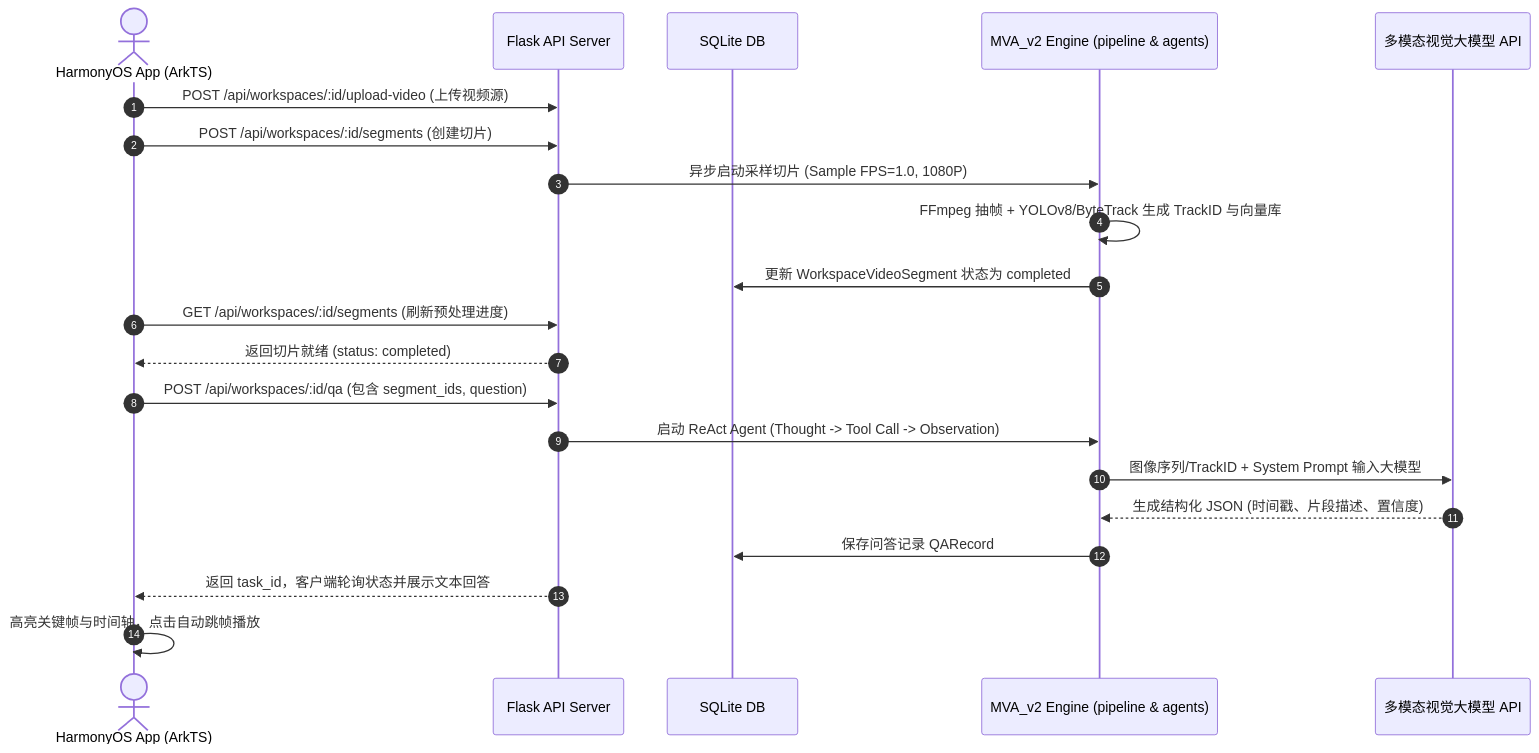
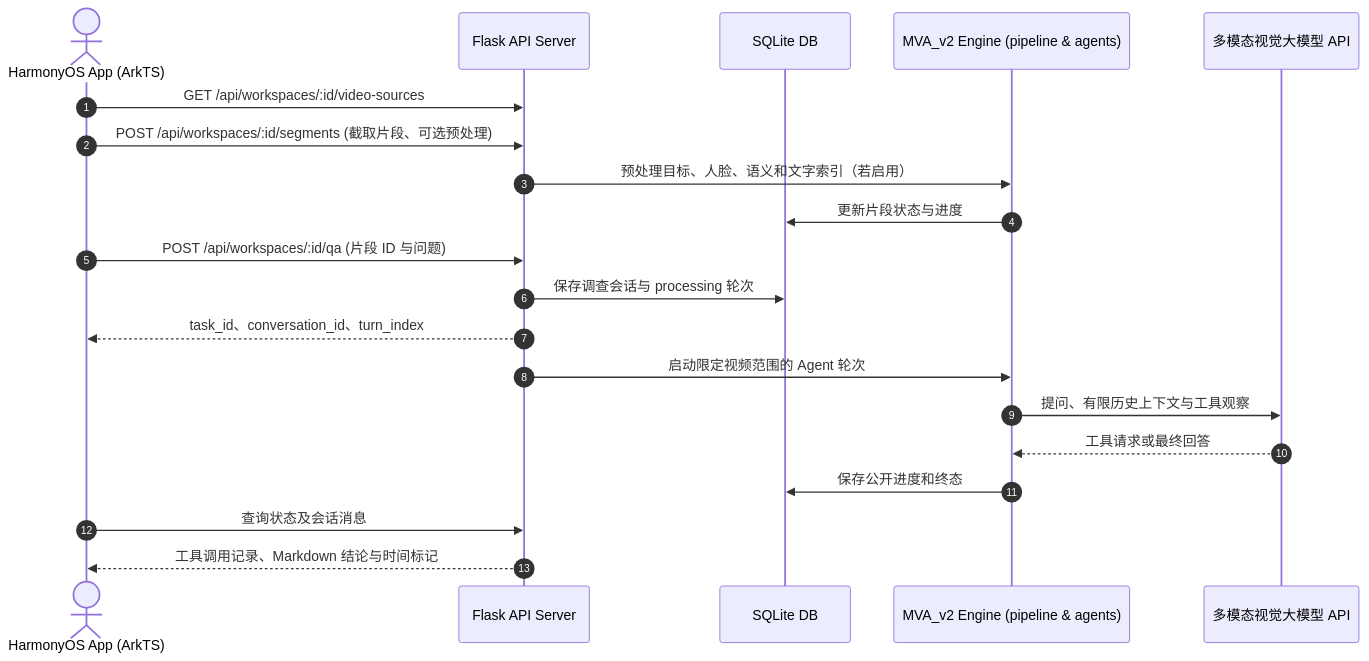
Before and after one commit to EmadowKy/pureyes-harmony: the second of 2 diagrams in docs/developer-guide/01-architecture-design.md, drawn with Mermaid. The commit also changed other lines of this file and 13 other files, not shown here.

Commit message:
Restore agent evidence links, tool trace, face indicators and documentation

````diff
--- a/docs/developer-guide/01-architecture-design.md
+++ b/docs/developer-guide/01-architecture-design.md
@@ -51,25 +51,23 @@
 ```mermaid
 sequenceDiagram
     autonumber
     actor Dev as HarmonyOS App (ArkTS)
     participant Backend as Flask API Server
     participant DB as SQLite DB
     participant Engine as MVA_v2 Engine (pipeline & agents)
     participant LLM as 多模态视觉大模型 API
 
-    Dev->>Backend: POST /api/workspaces/:id/upload-video (上传视频源)
-    Dev->>Backend: POST /api/workspaces/:id/segments (创建切片)
-    Backend->>Engine: 异步启动采样切片 (Sample FPS=1.0, 1080P)
-    Engine->>Engine: FFmpeg 抽帧 + YOLOv8/ByteTrack 生成 TrackID 与向量库
-    Engine->>DB: 更新 WorkspaceVideoSegment 状态为 completed
-    Dev->>Backend: GET /api/workspaces/:id/segments (刷新预处理进度)
-    Backend-->>Dev: 返回切片就绪 (status: completed)
-
-    Dev->>Backend: POST /api/workspaces/:id/qa (包含 segment_ids, question)
-    Backend->>Engine: 启动 ReAct Agent (Thought -> Tool Call -> Observation)
-    Engine->>LLM: 图像序列/TrackID + System Prompt 输入大模型
-    LLM-->>Engine: 生成结构化 JSON (时间戳、片段描述、置信度)
-    Engine->>DB: 保存问答记录 QARecord
-    Backend-->>Dev: 返回 task_id，客户端轮询状态并展示文本回答
-    Dev->>Dev: 高亮关键帧与时间轴，点击自动跳帧播放
+    Dev->>Backend: GET /api/workspaces/:id/video-sources
+    Dev->>Backend: POST /api/workspaces/:id/segments (截取片段、可选预处理)
+    Backend->>Engine: 预处理目标、人脸、语义和文字索引（若启用）
+    Engine->>DB: 更新片段状态与进度
+    Dev->>Backend: POST /api/workspaces/:id/qa (片段 ID 与问题)
+    Backend->>DB: 保存调查会话与 processing 轮次
+    Backend-->>Dev: task_id、conversation_id、turn_index
+    Backend->>Engine: 启动限定视频范围的 Agent 轮次
+    Engine->>LLM: 提问、有限历史上下文与工具观察
+    LLM-->>Engine: 工具请求或最终回答
+    Engine->>DB: 保存公开进度和终态
+    Dev->>Backend: 查询状态及会话消息
+    Backend-->>Dev: 工具调用记录、Markdown 结论与时间标记
 ```
````
